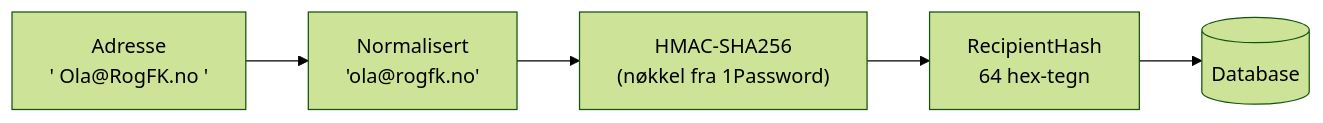
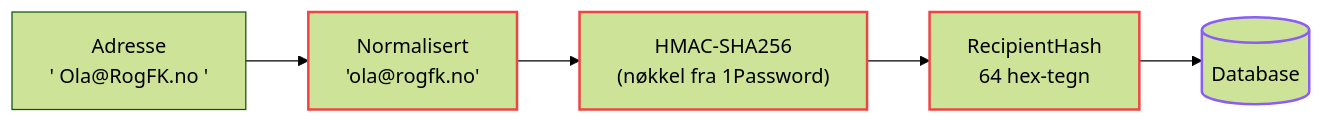
Diagram 13 of 14 in docs/architecture.md (FINTLabs/fint-communication-service), drawn with Mermaid (forest theme) before and after one commit. The commit also changed other lines of this file and 33 other files, not shown here.

````diff
--- a/docs/architecture.md
+++ b/docs/architecture.md
@@ -862,7 +1033,12 @@
 ```mermaid
 flowchart LR
-    adr["Adresse<br/>'  Ola@RogFK.no '"] --> norm["Normalisert<br/>'ola@rogfk.no'"]
+    adr["Adresse<br/>'  Ola@#8203;RogFK.no '"] --> norm["Normalisert<br/>'ola@#8203;rogfk.no'"]
     norm --> hmac["HMAC-SHA256<br/>(nøkkel fra 1Password)"]
     hmac --> hash["RecipientHash<br/>64 hex-tegn"]
     hash --> db[("Database")]
+
+    classDef safety stroke:#EF4444,stroke-width:2px
+    classDef data stroke:#8B5CF6,stroke-width:2px
+    class norm,hmac,hash safety
+    class db data
 ```
````
